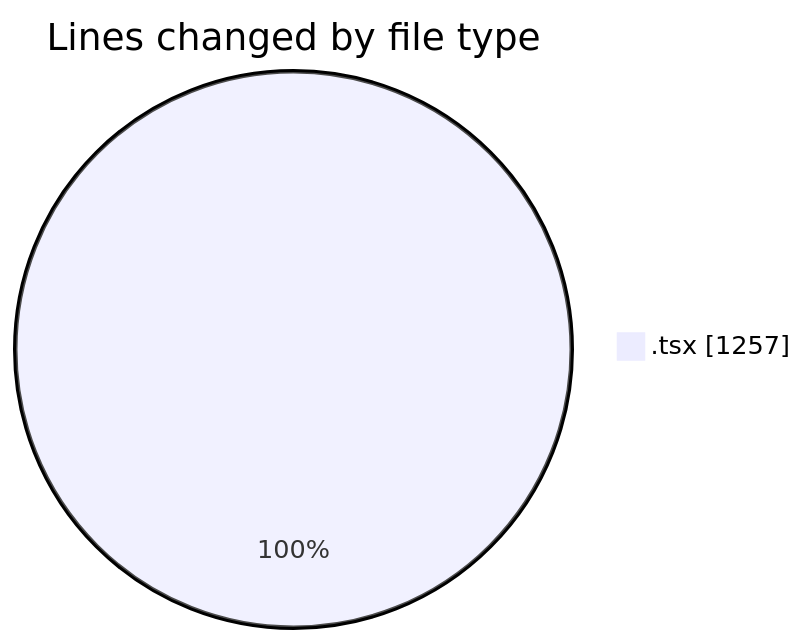
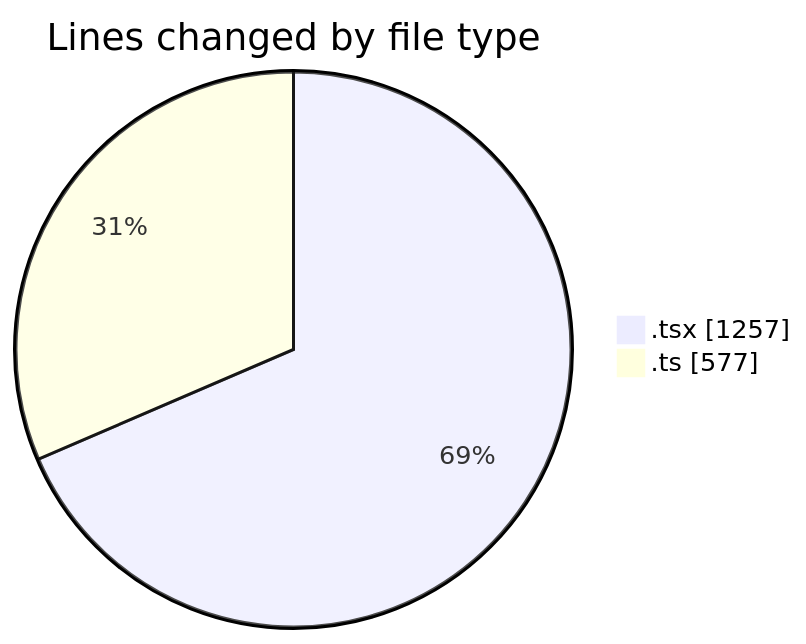
Before and after one commit to nxtqubesakshisongat/code-tracking: the first of 2 diagrams in 2026-05-03/nxtqube_webapp/README.md, drawn with Mermaid. The commit also changed other lines of this file and 1 other file, not shown here.

````diff
--- a/2026-05-03/nxtqube_webapp/README.md
+++ b/2026-05-03/nxtqube_webapp/README.md
@@ -20,5 +21,6 @@
 ```mermaid
 pie showData
 title Lines changed by file type
 ".tsx" : 1257
+".ts" : 577
 ```
````
